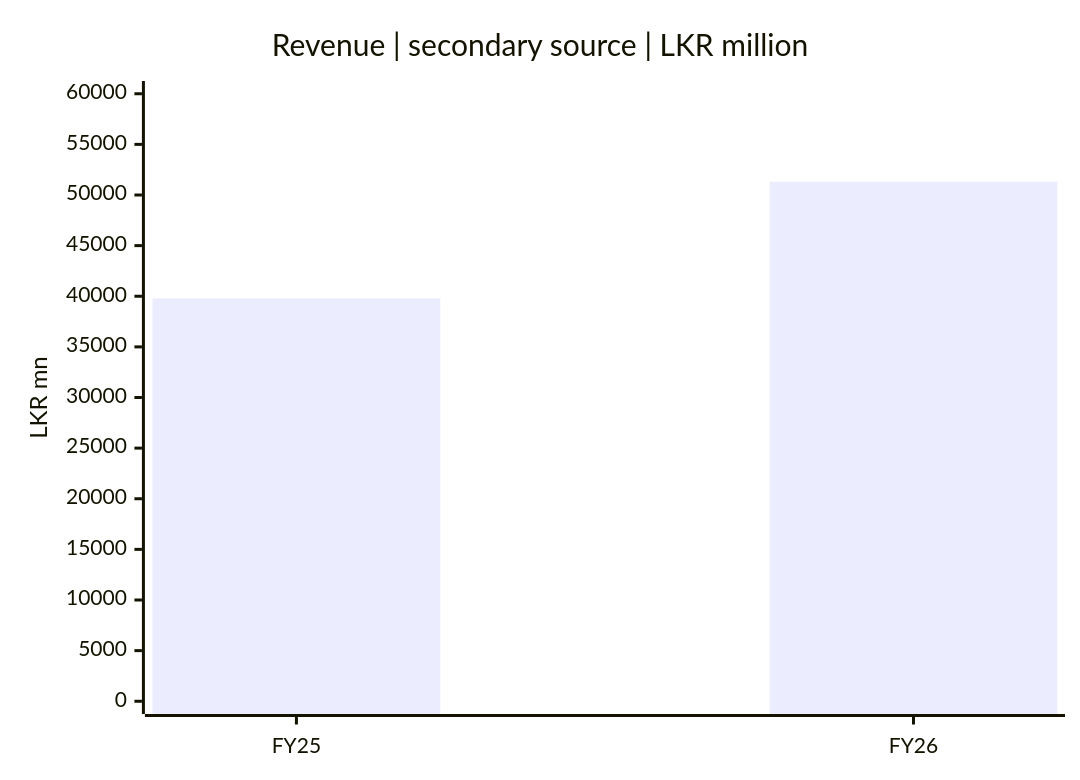
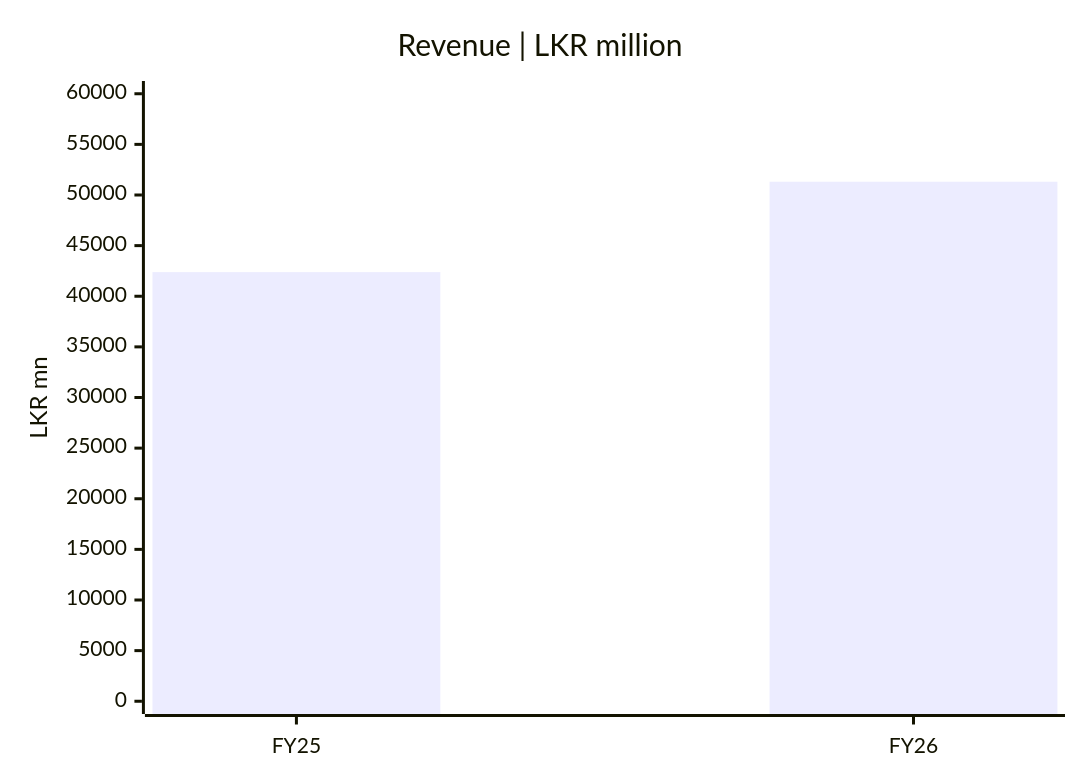
One commit to Gajarthan/SCAP-N0000-Research changed the first of 4 diagrams in si/reports/financial-pulse.md. Above: the diagram before and after it, drawn with Mermaid. The commit also changed other lines of this file and 5 other files, not shown here.

Commit message:
research: reconcile FY25-FY26 SCAP financial charts and snapshots against original CSE interim statements in EN/TA/SI

````diff
--- a/si/reports/financial-pulse.md
+++ b/si/reports/financial-pulse.md
@@ -11,7 +11,7 @@
 ```mermaid
 xychart-beta
-  title "Revenue | secondary source | LKR million"
+  title "Revenue | LKR million"
   x-axis ["FY25", "FY26"]
   y-axis "LKR mn" 0 --> 60000
-  bar [39794, 51310]
+  bar [42383.72, 51310.49]
 ```
````
